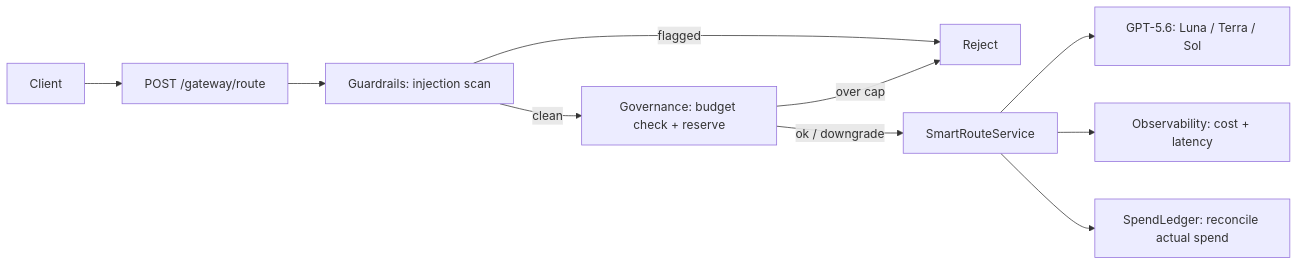
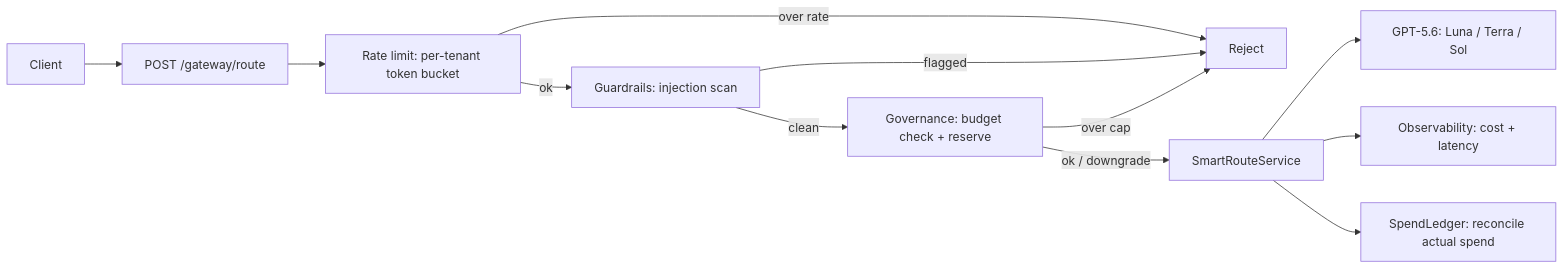
One commit to vamsiduppala/smartroute changed the diagram in README.md. Above: the diagram before and after it, drawn with Mermaid. The commit also changed other lines of this file and 3 other files, not shown here.

First line of the commit message:
docs: document per-tenant rate limiting across README, walkthrough, notes

````diff
--- a/README.md
+++ b/README.md
@@ -57,12 +57,14 @@
 ```mermaid
 flowchart LR
     C[Client] --> G["POST /gateway/route"]
-    G --> GR[Guardrails: injection scan]
-    GR -->|flagged| X[Reject]
+    G --> RL[Rate limit: per-tenant token bucket]
+    RL -->|over rate| X[Reject]
+    RL -->|ok| GR[Guardrails: injection scan]
+    GR -->|flagged| X
     GR -->|clean| BG[Governance: budget check + reserve]
     BG -->|over cap| X
     BG -->|ok / downgrade| R[SmartRouteService]
     R --> Tiers["GPT-5.6: Luna / Terra / Sol"]
     R --> OB[Observability: cost + latency]
     R --> LG[SpendLedger: reconcile actual spend]
 ```
````
